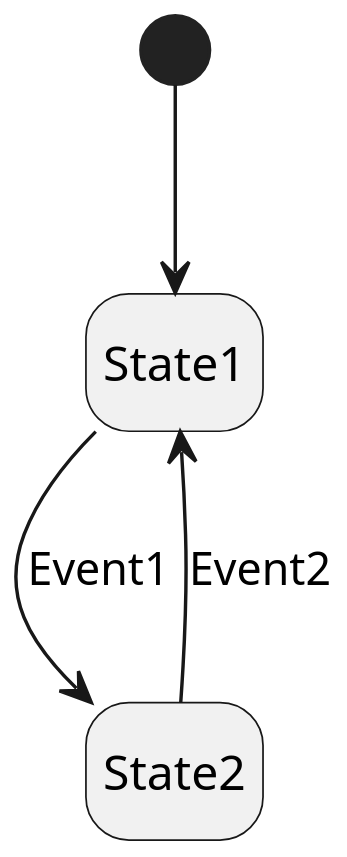
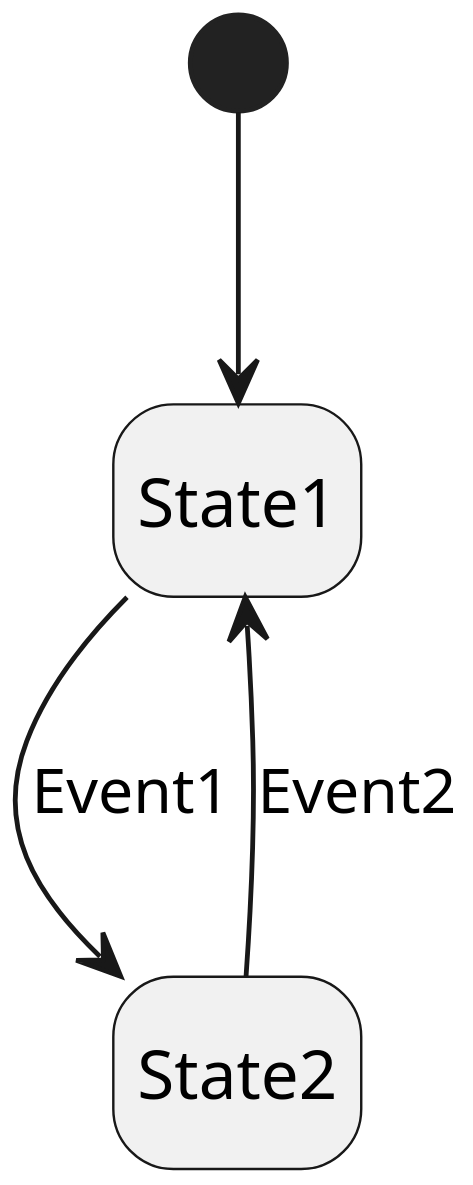
One commit to vocaltech/spring-statemachine changed the diagram in docs/basic-fsm.puml. Above: the diagram before and after it, drawn with PlantUML. The commit also changed 2 other files, not shown here.

```diff
--- a/docs/basic-fsm.puml
+++ b/docs/basic-fsm.puml
@@ -1,10 +1,10 @@
 @startuml
 'https://plantuml.com/state-diagram
 
-scale 250 width
+scale 350 width
 hide empty description
 [*] --> State1
 
 State1 --> State2: Event1
 State2 --> State1: Event2
 @enduml
```
